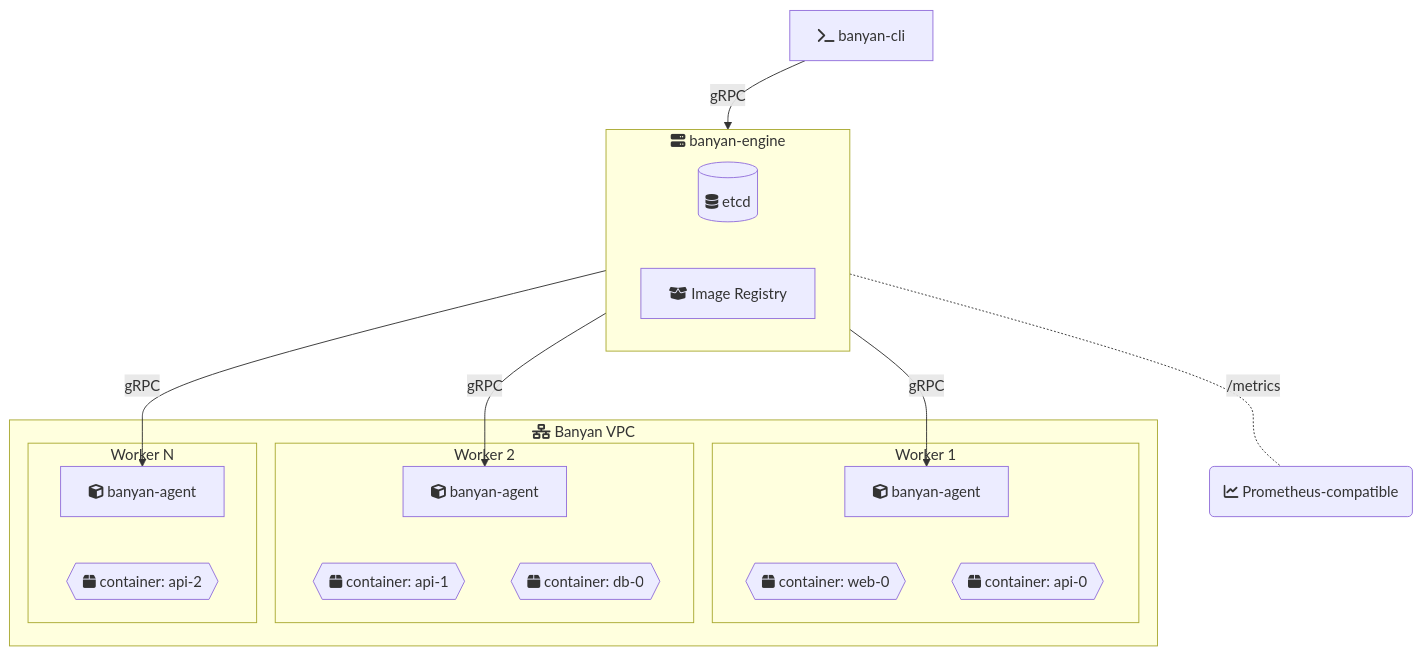
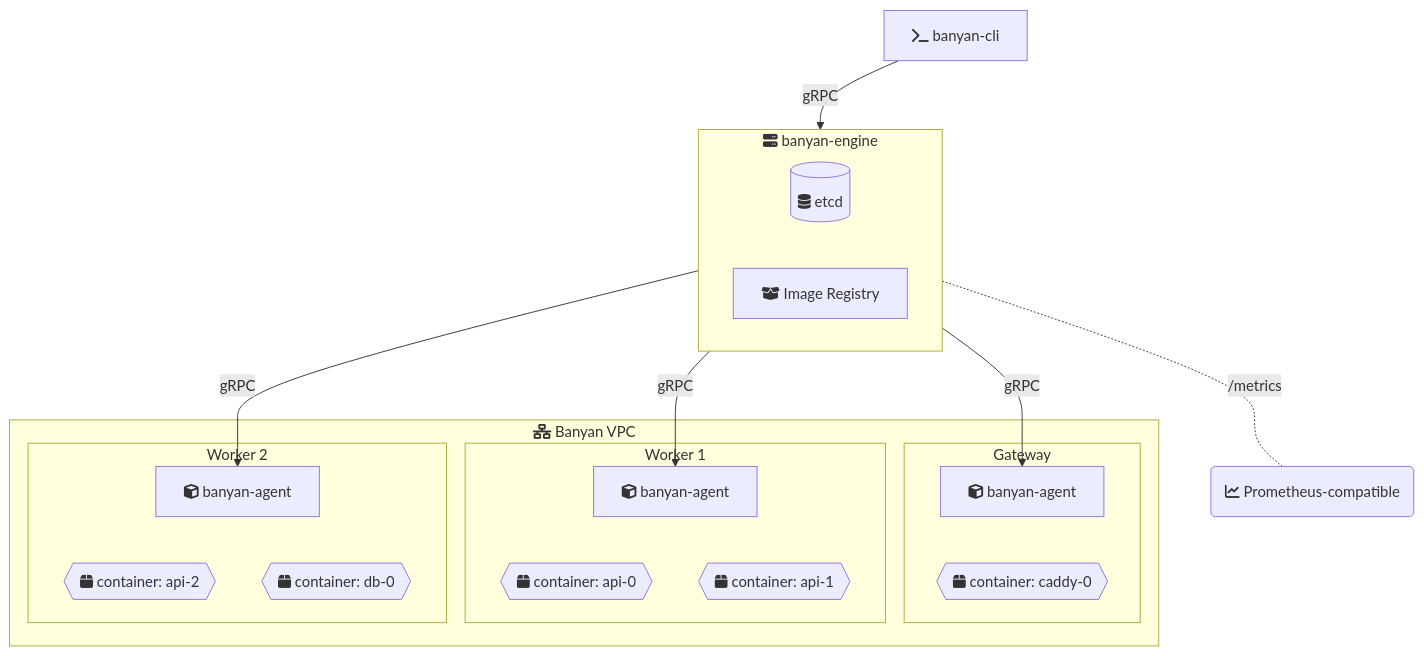
One commit to fertile-org/banyan changed the diagram in README.md. Above: the diagram before and after it, drawn with Mermaid. The commit also changed other lines of this file and 23 other files, not shown here.

````diff
--- a/README.md
+++ b/README.md
@@ -160,40 +143,40 @@
 ```mermaid
 graph TD
     CLI[fa:fa-terminal banyan-cli] -->|gRPC| Engine
 
     subgraph Engine[fa:fa-server banyan-engine]
         Store[(fa:fa-database etcd)]
         Registry[fa:fa-box-open Image Registry]
     end
 
     Engine -->|gRPC| Agent1
     Engine -->|gRPC| Agent2
     Engine -->|gRPC| AgentN
 
     subgraph VPC[fa:fa-network-wired Banyan VPC]
-        subgraph A1[Worker 1]
+        subgraph G1[Gateway]
             Agent1[fa:fa-cube banyan-agent]
-            C1{{fa:fa-box container: web-0}}
-            C2{{fa:fa-box container: api-0}}
+            C1{{fa:fa-box container: caddy-0}}
             Agent1 ~~~ C1
-            Agent1 ~~~ C2
         end
 
-        subgraph A2[Worker 2]
+        subgraph A2[Worker 1]
             Agent2[fa:fa-cube banyan-agent]
+            C2{{fa:fa-box container: api-0}}
             C3{{fa:fa-box container: api-1}}
-            C4{{fa:fa-box container: db-0}}
+            Agent2 ~~~ C2
             Agent2 ~~~ C3
-            Agent2 ~~~ C4
         end
 
-        subgraph AN[Worker N]
+        subgraph AN[Worker 2]
             AgentN[fa:fa-cube banyan-agent]
-            C5{{fa:fa-box container: api-2}}
+            C4{{fa:fa-box container: api-2}}
+            C5{{fa:fa-box container: db-0}}
+            AgentN ~~~ C4
             AgentN ~~~ C5
         end
     end
 
     CLI ~~~ Prom(fa:fa-chart-line Prometheus-compatible)
     Engine -.-|/metrics| Prom
 ```
````
